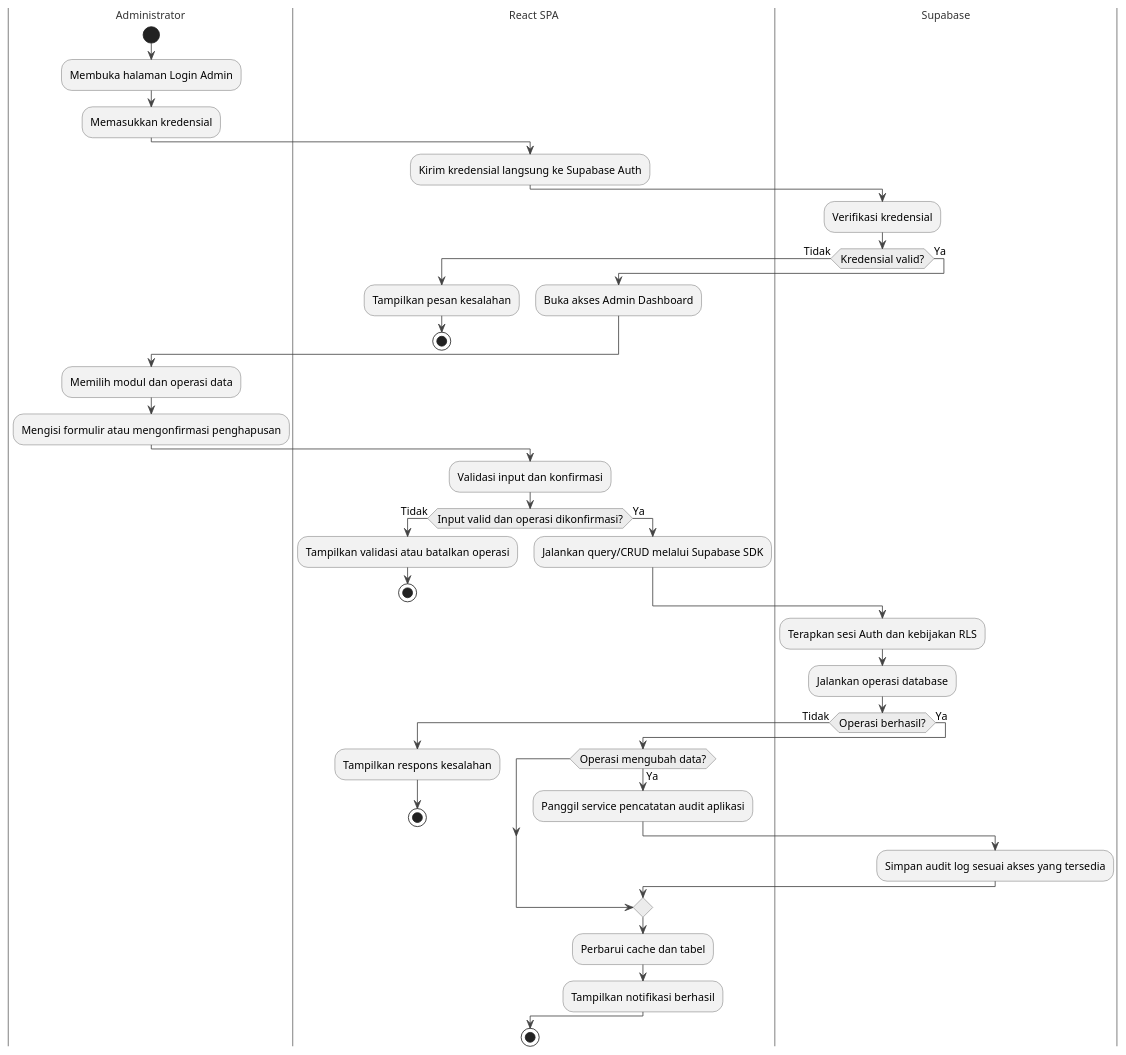
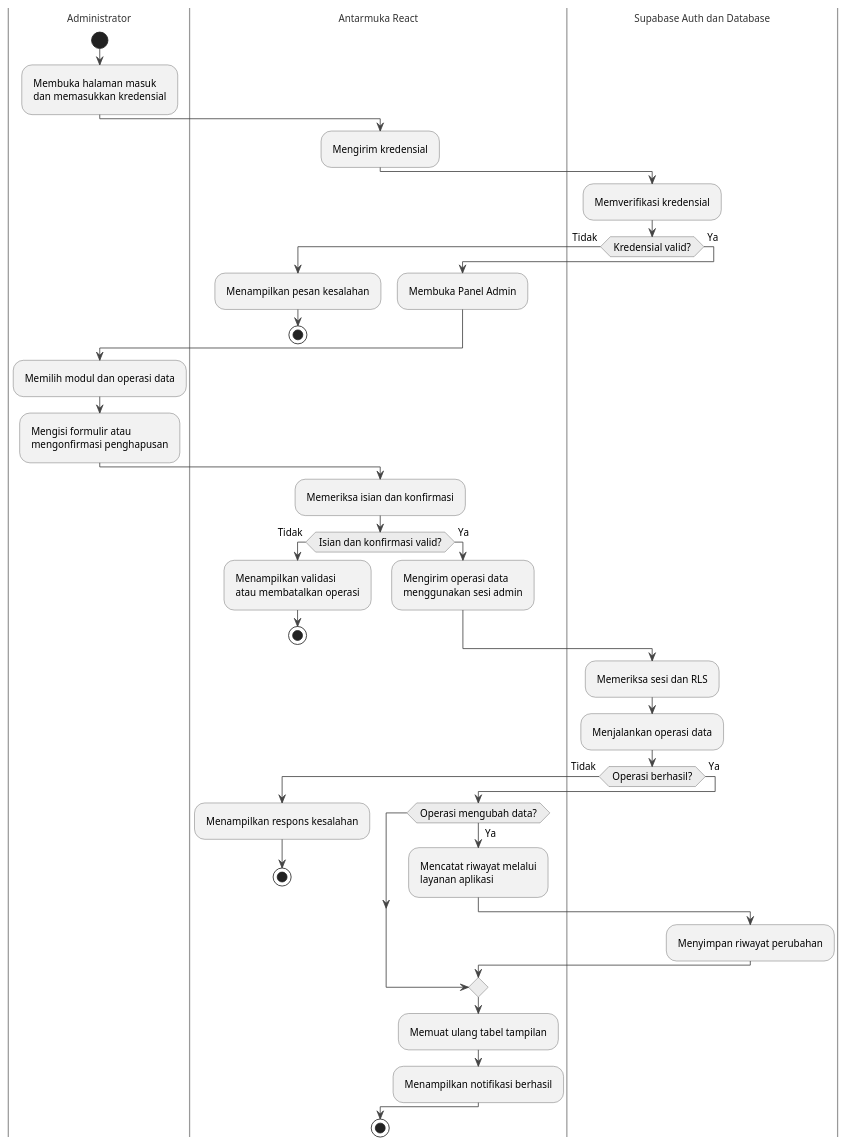
The diagram in diagrams/gambar-2.13-activity-pengelolaan-data-admin.puml (Jokskuyy/workflow-ta-proyek), drawn with PlantUML before and after one commit. The commit also changed 372 other files, not shown here.

```diff
--- a/diagrams/gambar-2.13-activity-pengelolaan-data-admin.puml
+++ b/diagrams/gambar-2.13-activity-pengelolaan-data-admin.puml
@@ -1,71 +1,73 @@
 @startuml gambar-2-13-activity-pengelolaan-data-admin
-' Gambar 2.13 - Activity Diagram: Pengelolaan Data oleh Admin
+' Activity Diagram Pengelolaan Data oleh Administrator
 ' Sumber: BAB II - 2.3.3 Activity Diagram
 
 skinparam backgroundColor #FFFFFF
 skinparam shadowing false
-skinparam defaultFontName "Segoe UI"
-skinparam defaultFontSize 13
+skinparam defaultFontName "Times New Roman"
+skinparam defaultFontSize 12
 skinparam ArrowColor #444444
+skinparam linetype ortho
+skinparam nodesep 12
+skinparam ranksep 18
+skinparam Padding 4
 skinparam ActivityBorderColor #555555
 skinparam ActivityBackgroundColor #F2F2F2
 skinparam ActivityDiamondBackgroundColor #ECECEC
 skinparam ActivityDiamondBorderColor #555555
 skinparam SwimlaneTitleFontColor #333333
 skinparam SwimlaneBorderColor #999999
 
-
 |Administrator|
 start
-:Membuka halaman Login Admin;
-:Memasukkan kredensial;
+:Membuka halaman masuk\ndan memasukkan kredensial;
 
-|React SPA|
-:Kirim kredensial langsung ke Supabase Auth;
+|Antarmuka React|
+:Mengirim kredensial;
 
-|Supabase|
-:Verifikasi kredensial;
+|Supabase Auth dan Database|
+:Memverifikasi kredensial;
 if (Kredensial valid?) then (Tidak)
-  |React SPA|
-  :Tampilkan pesan kesalahan;
+  |Antarmuka React|
+  :Menampilkan pesan kesalahan;
   stop
 else (Ya)
-  |React SPA|
-  :Buka akses Admin Dashboard;
+  |Antarmuka React|
+  :Membuka Panel Admin;
 endif
 
 |Administrator|
 :Memilih modul dan operasi data;
-:Mengisi formulir atau mengonfirmasi penghapusan;
+:Mengisi formulir atau\nmengonfirmasi penghapusan;
 
-|React SPA|
-:Validasi input dan konfirmasi;
-if (Input valid dan operasi dikonfirmasi?) then (Tidak)
-  :Tampilkan validasi atau batalkan operasi;
+|Antarmuka React|
+:Memeriksa isian dan konfirmasi;
+if (Isian dan konfirmasi valid?) then (Tidak)
+  :Menampilkan validasi\natau membatalkan operasi;
   stop
 else (Ya)
-  :Jalankan query/CRUD melalui Supabase SDK;
+  :Mengirim operasi data\nmenggunakan sesi admin;
 endif
 
-|Supabase|
-:Terapkan sesi Auth dan kebijakan RLS;
-:Jalankan operasi database;
+|Supabase Auth dan Database|
+:Memeriksa sesi dan RLS;
+:Menjalankan operasi data;
 if (Operasi berhasil?) then (Tidak)
-  |React SPA|
-  :Tampilkan respons kesalahan;
+  |Antarmuka React|
+  :Menampilkan respons kesalahan;
   stop
 else (Ya)
-  |React SPA|
+  |Antarmuka React|
   if (Operasi mengubah data?) then (Ya)
-    :Panggil service pencatatan audit aplikasi;
-    |Supabase|
-    :Simpan audit log sesuai akses yang tersedia;
-    |React SPA|
+    :Mencatat riwayat melalui\nlayanan aplikasi;
+    |Supabase Auth dan Database|
+    :Menyimpan riwayat perubahan;
   endif
-  :Perbarui cache dan tabel;
-  :Tampilkan notifikasi berhasil;
+  |Antarmuka React|
+  :Memuat ulang tabel tampilan;
+  :Menampilkan notifikasi berhasil;
 endif
 
 stop
 
 @enduml
```
